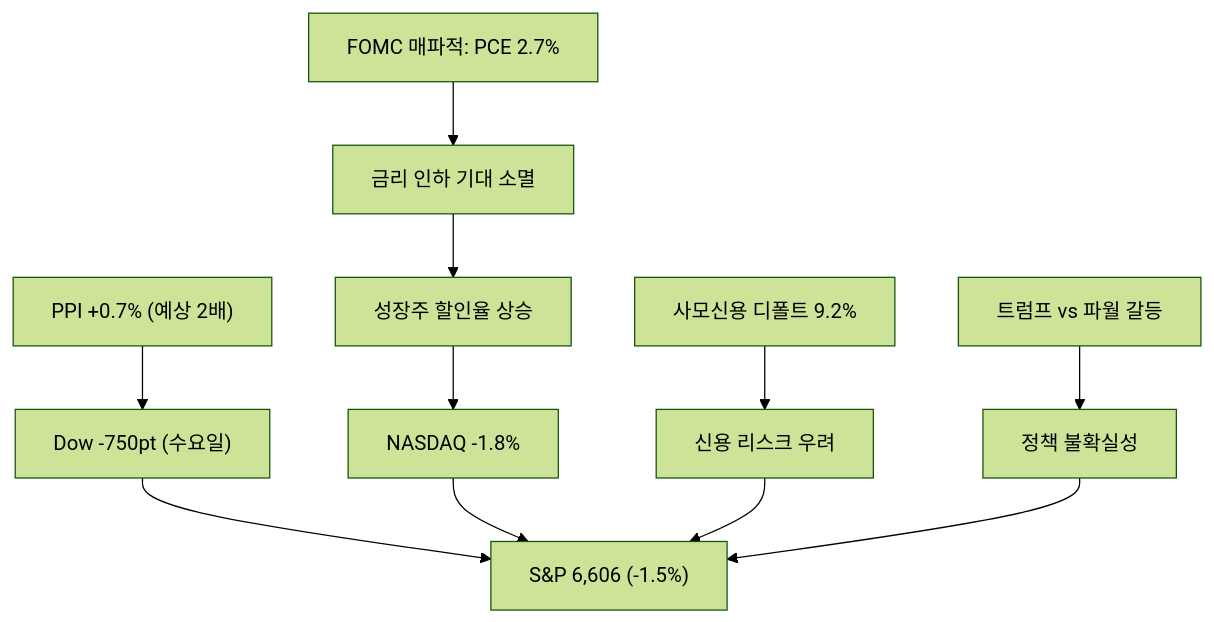
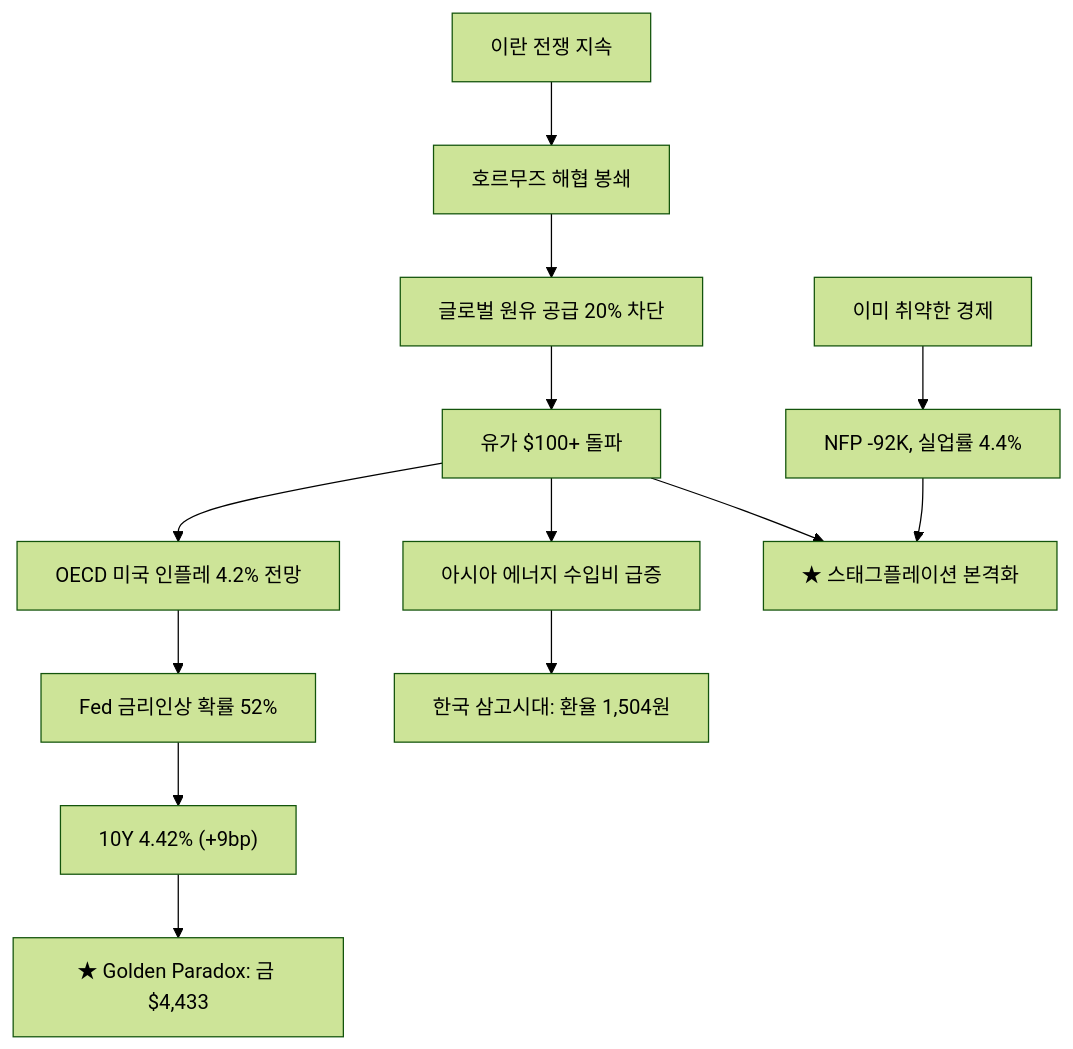
The ninth of 11 diagrams in _posts/knowledge/invest/2026-01-12-macroeconomic-policy-sector-outlook-2026.md (dss99911/dss99911.github.io), drawn with Mermaid (forest theme) before and after one commit. The commit also changed other lines of this file and 3 other files, not shown here.

First line of the commit message:
투자 데일리 트랙킹 3/28: WTI $100 목전, Fed 인상 52%, 호르무즈 톨부스

````diff
--- a/_posts/knowledge/invest/2026-01-12-macroeconomic-policy-sector-outlook-2026.md
+++ b/_posts/knowledge/invest/2026-01-12-macroeconomic-policy-sector-outlook-2026.md
@@ -356,13 +310,15 @@
 ```mermaid
 graph TD
-    A["PPI +0.7% #40;예상 2배#41;"] --> B["Dow -750pt #40;수요일#41;"]
-    C["FOMC 매파적: PCE 2.7%"] --> D["금리 인하 기대 소멸"]
-    D --> E["성장주 할인율 상승"]
-    E --> F["NASDAQ -1.8%"]
-    B --> G["S&P 6,606 #40;-1.5%#41;"]
-    F --> G
-    H["사모신용 디폴트 9.2%"] --> I["신용 리스크 우려"]
-    I --> G
-    J["트럼프 vs 파월 갈등"] --> K["정책 불확실성"]
-    K --> G
+    A["이란 전쟁 지속"] --> B["호르무즈 해협 봉쇄"]
+    B --> C["글로벌 원유 공급 20% 차단"]
+    C --> D["유가 $100+ 돌파"]
+    D --> E["OECD 미국 인플레 4.2% 전망"]
+    D --> F["아시아 에너지 수입비 급증"]
+    E --> G["Fed 금리인상 확률 52%"]
+    F --> H["한국 삼고시대: 환율 1,504원"]
+    G --> I["10Y 4.42% #40;+9bp#41;"]
+    I --> J["★ Golden Paradox: 금 $4,433"]
+    K["이미 취약한 경제"] --> L["NFP -92K, 실업률 4.4%"]
+    L --> M["★ 스태그플레이션 본격화"]
+    D --> M
 ```
````
